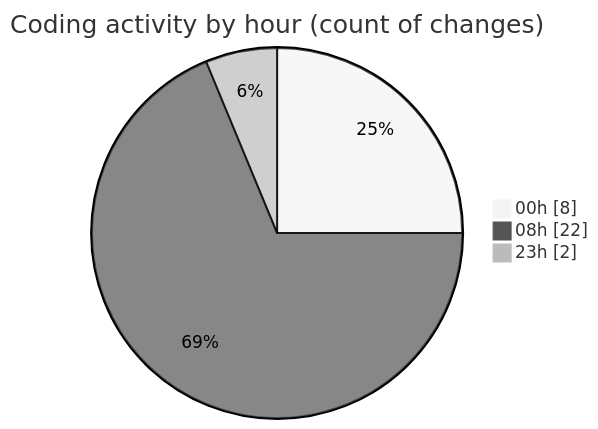
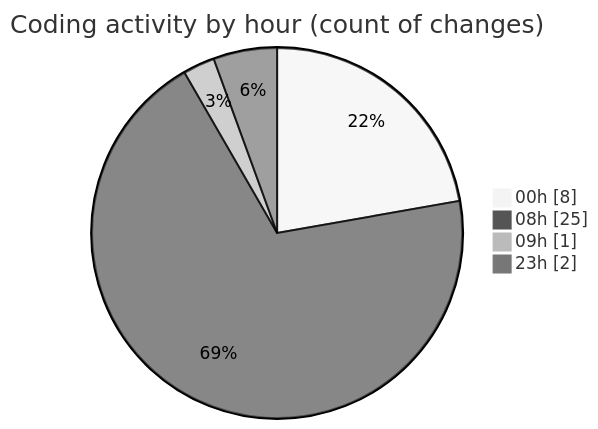
One commit to EIIisD/code-tracking changed the second of 2 diagrams in 2025-08-13/ribbon/README.md. Above: the diagram before and after it, drawn with Mermaid (neutral theme). The commit also changed other lines of this file and 1 other file, not shown here.

````diff
--- a/2025-08-13/ribbon/README.md
+++ b/2025-08-13/ribbon/README.md
@@ -35,7 +35,8 @@
 ```mermaid
 pie showData
 title Coding activity by hour (count of changes)
 "00h" : 8
-"08h" : 22
+"08h" : 25
+"09h" : 1
 "23h" : 2
 ```
````
